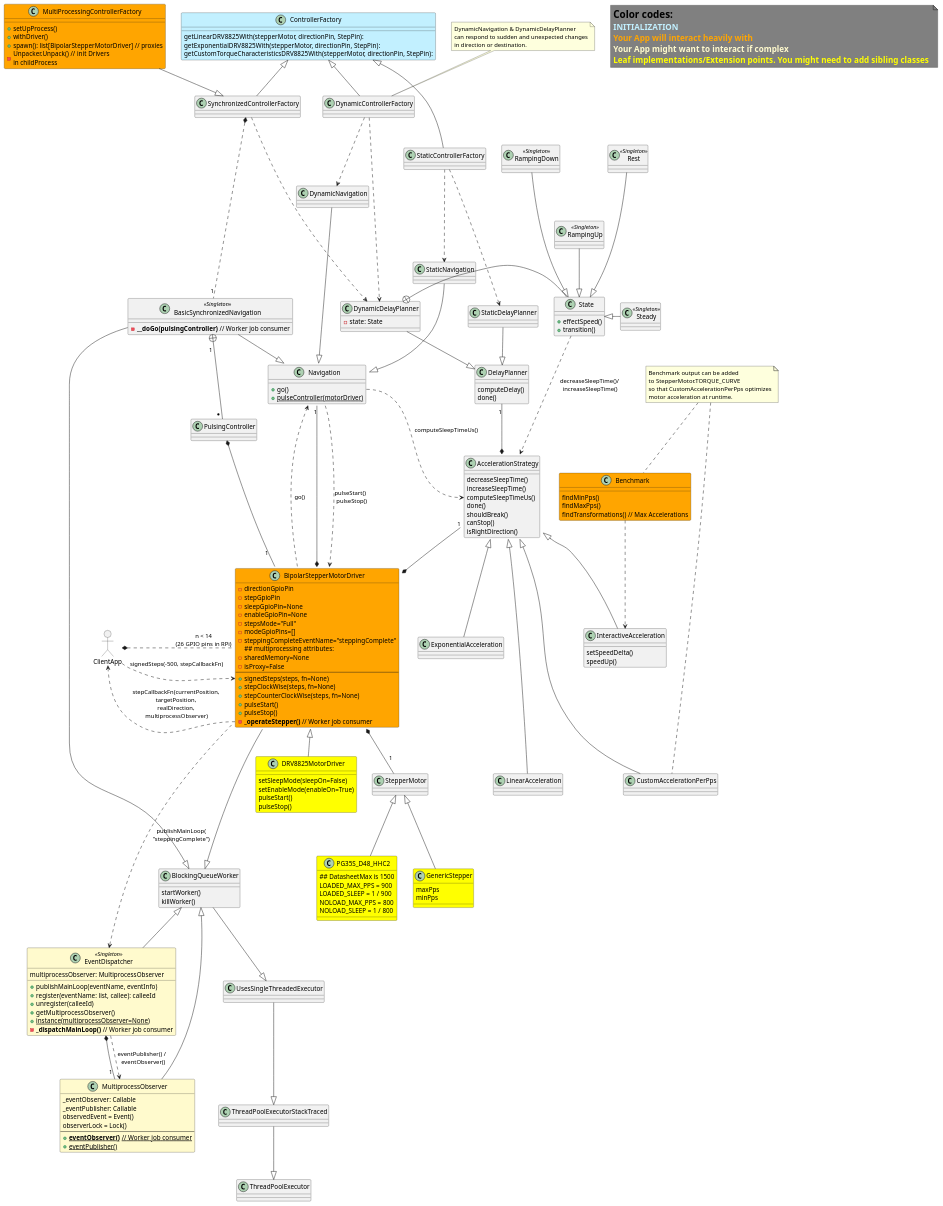
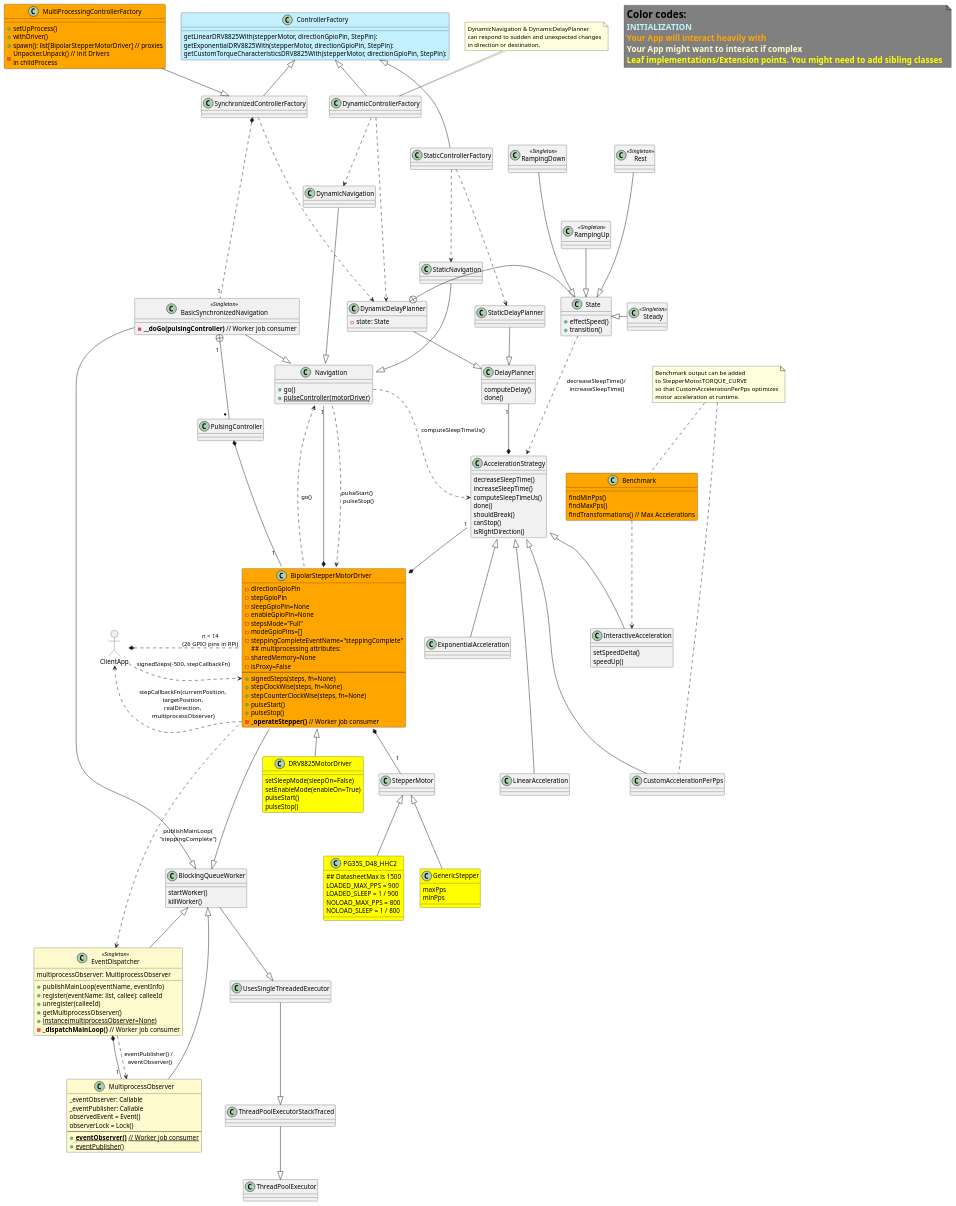
One commit to juanmf/StepperMotors changed the diagram in doc/collab.puml. Above: the diagram before and after it, drawn with PlantUML. The commit also changed 7 other files, not shown here.

```diff
--- a/doc/collab.puml
+++ b/doc/collab.puml
@@ -36,9 +36,9 @@
 class ThreadPoolExecutorStackTraced
 
 class ControllerFactory #APPLICATION {
-    getLinearDRV8825With(stepperMotor, directionPin, StepPin):
-    getExponentialDRV8825With(stepperMotor, directionPin, StepPin):
-    getCustomTorqueCharacteristicsDRV8825With(stepperMotor, directionPin, StepPin):
+    getLinearDRV8825With(stepperMotor, directionGpioPin, StepPin):
+    getExponentialDRV8825With(stepperMotor, directionGpioPin, StepPin):
+    getCustomTorqueCharacteristicsDRV8825With(stepperMotor, directionGpioPin, StepPin):
 }
 class StaticControllerFactory
 class DynamicControllerFactory
```
